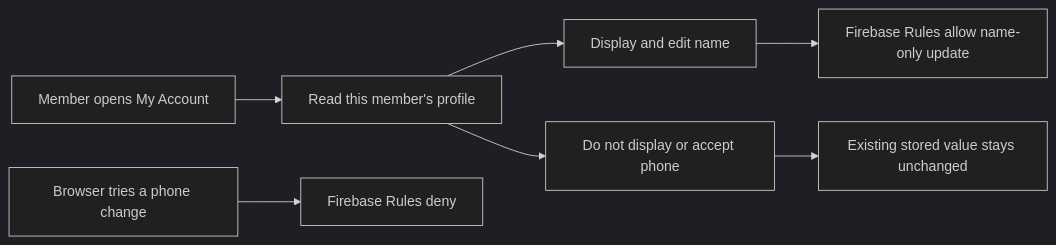
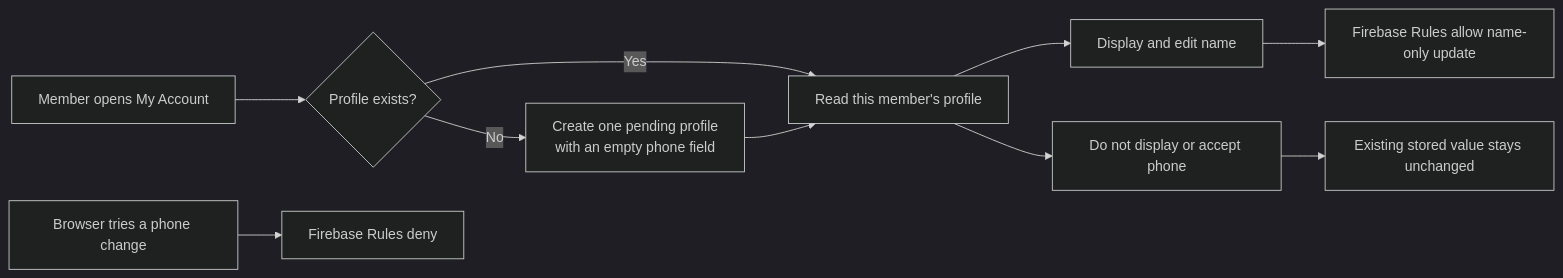
Before and after one commit to Run-MPRC/Run-MPRC.github.io: the fourth of 5 diagrams in docs/officers/EVENTS_SHOP_MEMBERS.md, drawn with Mermaid (dark theme). The commit also changed other lines of this file and 4 other files, not shown here.

Commit message:
fix: keep new member profiles phone-free (#197) (#199)

````diff
--- a/docs/officers/EVENTS_SHOP_MEMBERS.md
+++ b/docs/officers/EVENTS_SHOP_MEMBERS.md
@@ -208,9 +208,12 @@
 ```mermaid
 flowchart LR
-    Account["Member opens My Account"] --> Read["Read this member's profile"]
+    Account["Member opens My Account"] --> Setup{"Profile exists?"}
+    Setup -- "Yes" --> Read["Read this member's profile"]
+    Setup -- "No" --> New["Create one pending profile\nwith an empty phone field"]
+    New --> Read
     Read --> Name["Display and edit name"]
     Read --> Pause["Do not display or accept phone"]
     Name --> Rules["Firebase Rules allow name-only update"]
     PhoneAttempt["Browser tries a phone change"] --> Deny["Firebase Rules deny"]
     Pause --> Existing["Existing stored value stays unchanged"]
 ```
````
